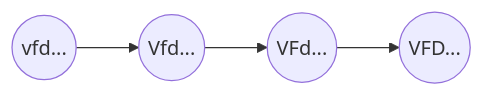
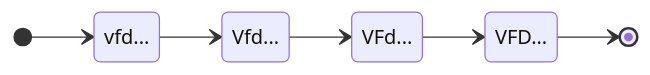
One commit to CERTCC/Vultron changed the eighth of 13 diagrams in docs/process_models/cs/index.md. Above: the diagram before and after it, drawn with Mermaid. The commit also changed other lines of this file, not shown here.

````diff
--- a/docs/process_models/cs/index.md
+++ b/docs/process_models/cs/index.md
@@ -394,10 +386,14 @@
 ```mermaid
-graph LR
-    vfd((vfd...))
-    Vfd((Vfd...))
-    VFd((VFd...))
-    VFD((VFD...))
+stateDiagram-v2
+    direction LR
+    vfd: vfd...
+    Vfd: Vfd...
+    VFd: VFd...
+    VFD: VFD...
+    
+    [*] --> vfd
     vfd --> Vfd
     Vfd --> VFd
     VFd --> VFD
+    VFD --> [*]
 ```
````
